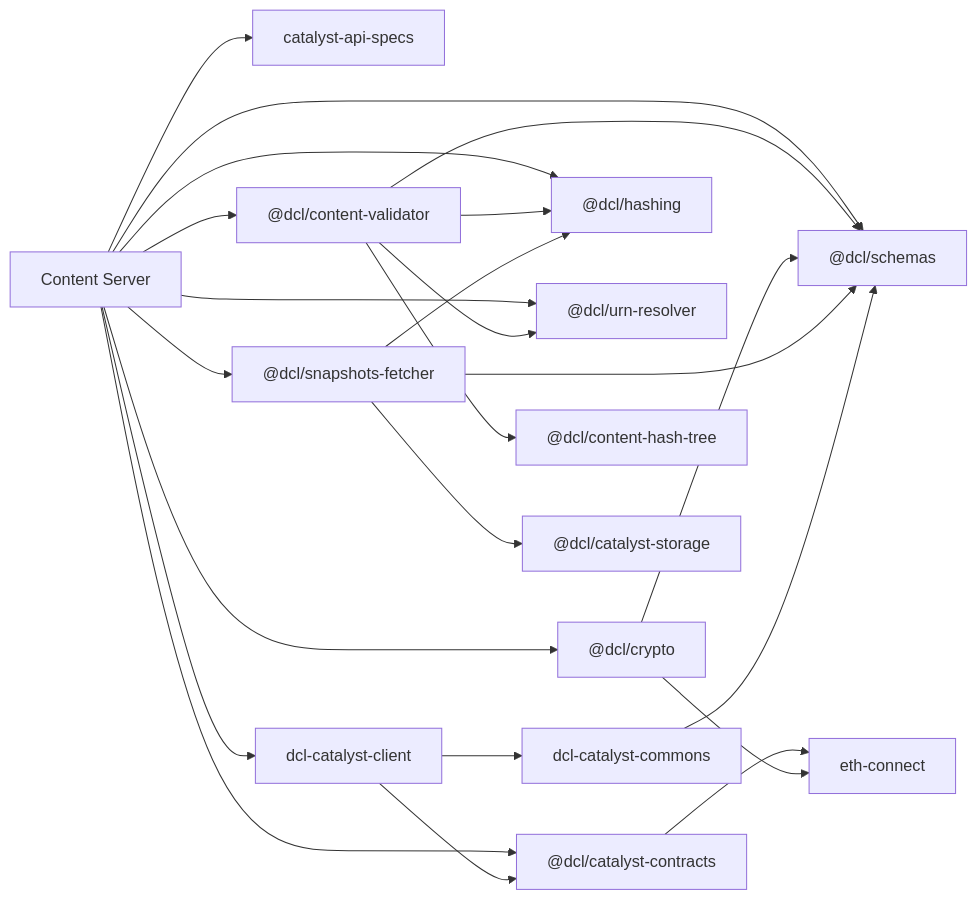
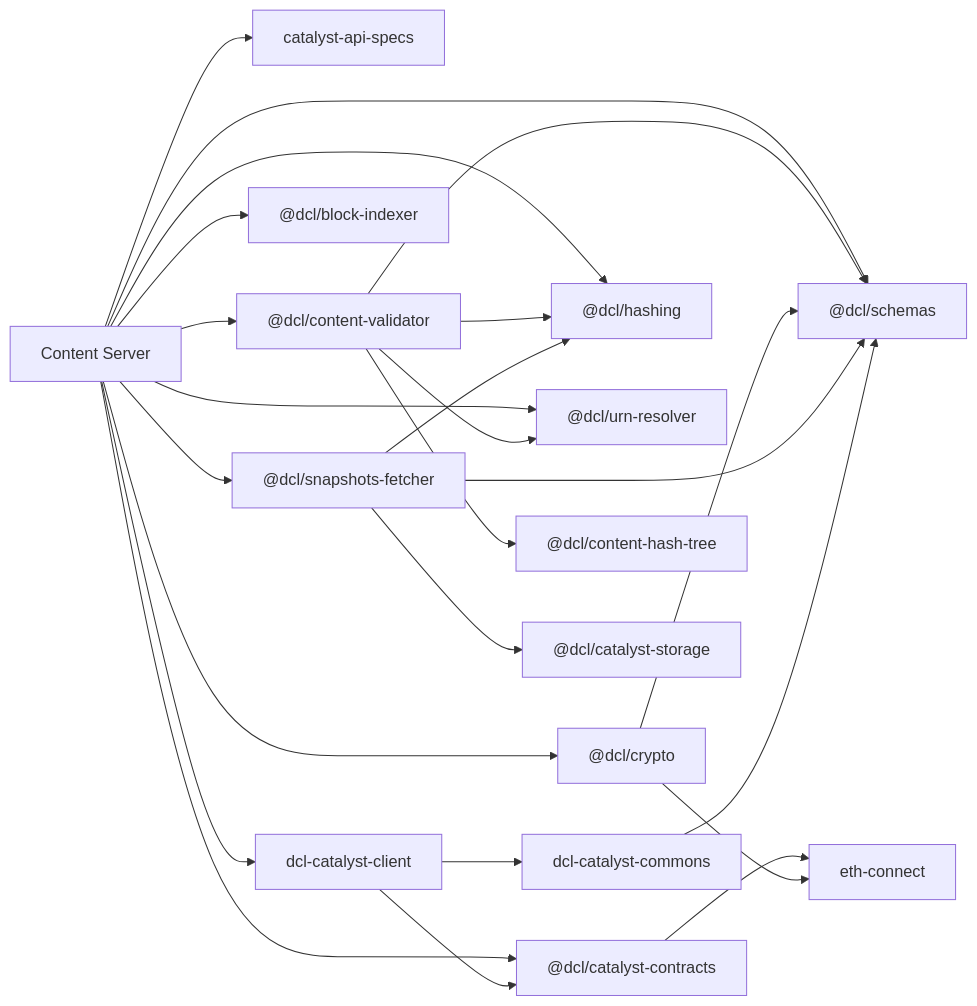
The first of 2 diagrams in docs/dependencies.md (decentraland/catalyst), drawn with Mermaid before and after one commit. The commit also changed 2 other files, not shown here.

Commit message:
chore: bump @dcl/block-indexer from 1.1.1 to 1.1.2 (#1533)
Bumps [@dcl/block-indexer](https://github.com/decentraland/block-indexer) from 1.1.1 to 1.1.2.
- [Release notes](https://github.com/decentraland/block-indexer/releases)
- [Commits](https://github.com/decentraland/block-indexer/compare/1.1.1...1.1.2)

---
updated-dependencies:
- dependency-name: "@dcl/block-indexer"
  dependency-type: direct:production
  update-type: version-update:semver-patch
...

````diff
--- a/docs/dependencies.md
+++ b/docs/dependencies.md
@@ -2,41 +2,42 @@
 ```mermaid
 graph LR
 
 contentserver[Content Server] --> catalystapispecs[catalyst-api-specs]
 contentserver --> catalystclient["dcl-catalyst-client"]
 contentserver --> catalystcontracts["@dcl/catalyst-contracts"]
 contentserver --> contentvalidator["@dcl/content-validator"]
 contentserver --> crypto["@dcl/crypto"]
 contentserver --> hashing["@dcl/hashing"]
 contentserver --> schemas["@dcl/schemas"]
+contentserver --> blockindexer["@dcl/block-indexer"]
 contentserver --> snapshotsfetcher["@dcl/snapshots-fetcher"]
 contentserver --> urnresolver["@dcl/urn-resolver"]
 catalystclient --> catalystcommons["dcl-catalyst-commons"]
 catalystclient --> catalystcontracts
 catalystcontracts --> ethconnect["eth-connect"]
 contentvalidator --> contenthashtree["@dcl/content-hash-tree"]
 contentvalidator --> hashing
 contentvalidator --> schemas
 contentvalidator --> urnresolver
 crypto --> schemas
 crypto --> ethconnect
 snapshotsfetcher --> catalyststorage["@dcl/catalyst-storage"]
 snapshotsfetcher --> hashing
 snapshotsfetcher --> schemas
 catalystcommons --> schemas["@dcl/schemas"]
 
 click catalystapispecs href "https://github.com/decentraland/catalyst-api-specs" _blank
 click catalystclient href "https://github.com/decentraland/catalyst-client" _blank
 click catalystcommons href "https://github.com/decentraland/catalyst-commons" _blank
 click catalystcontracts href "https://github.com/decentraland/catalyst-contracts" _blank
 click catalyststorage href "https://github.com/decentraland/catalyst-storage" _blank
 click contenthashtree href "https://github.com/decentraland/content-hash-tree" _blank
 click contentvalidator href "https://github.com/decentraland/content-validator" _blank
 click crypto href "https://github.com/decentraland/decentraland-crypto" _blank
 click ethconnect href "https://github.com/decentraland/eth-connect" _blank
 click hashing href "https://github.com/decentraland/hashing" _blank
 click schemas href "https://github.com/decentraland/common-schemas" _blank
 click snapshotsfetcher href "https://github.com/decentraland/snapshots-fetcher" _blank
 click urnresolver href "https://github.com/decentraland/urn-resolver" _blank
 click catalystcommons href "https://github.com/decentraland/catalyst-commons" _blank
 ```
````
